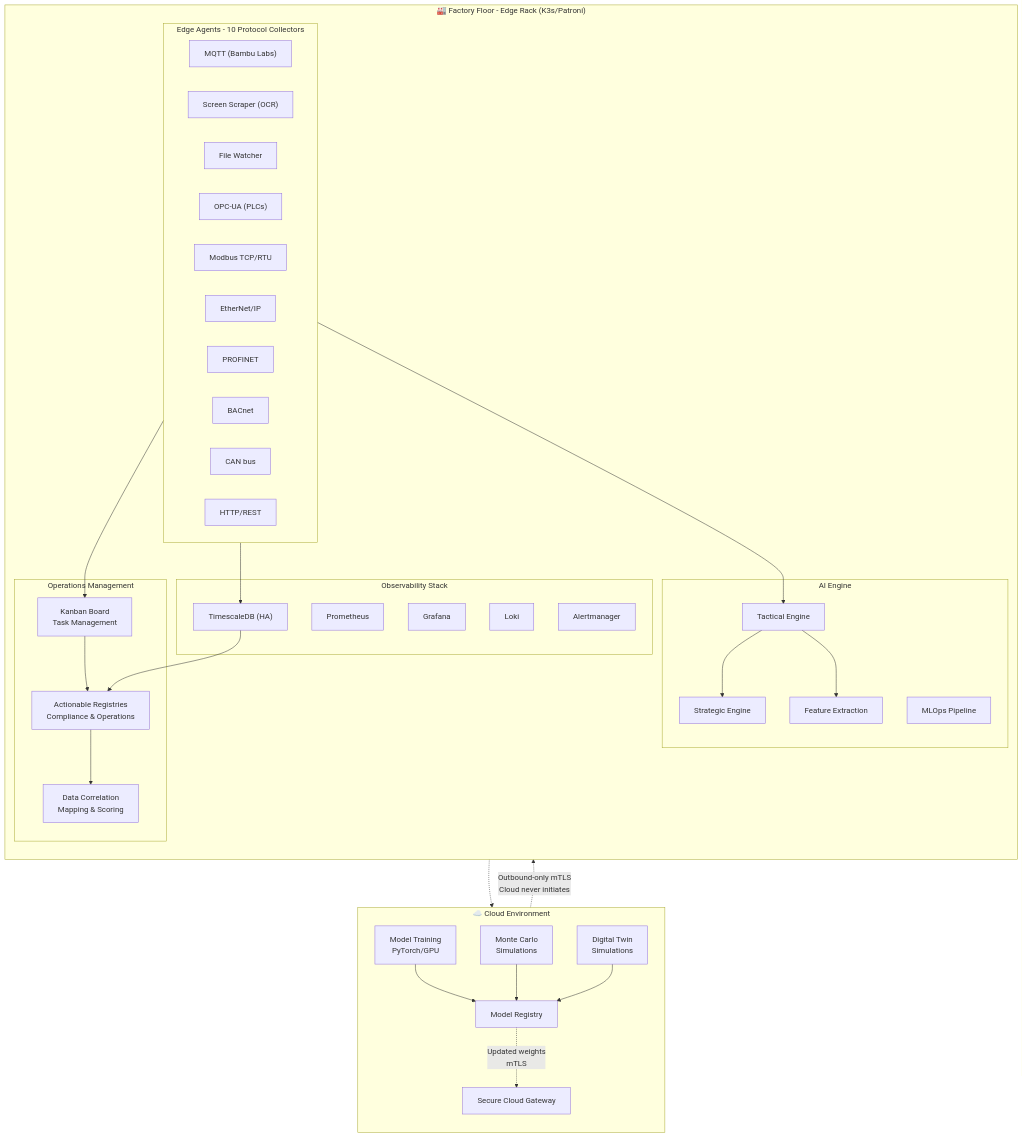
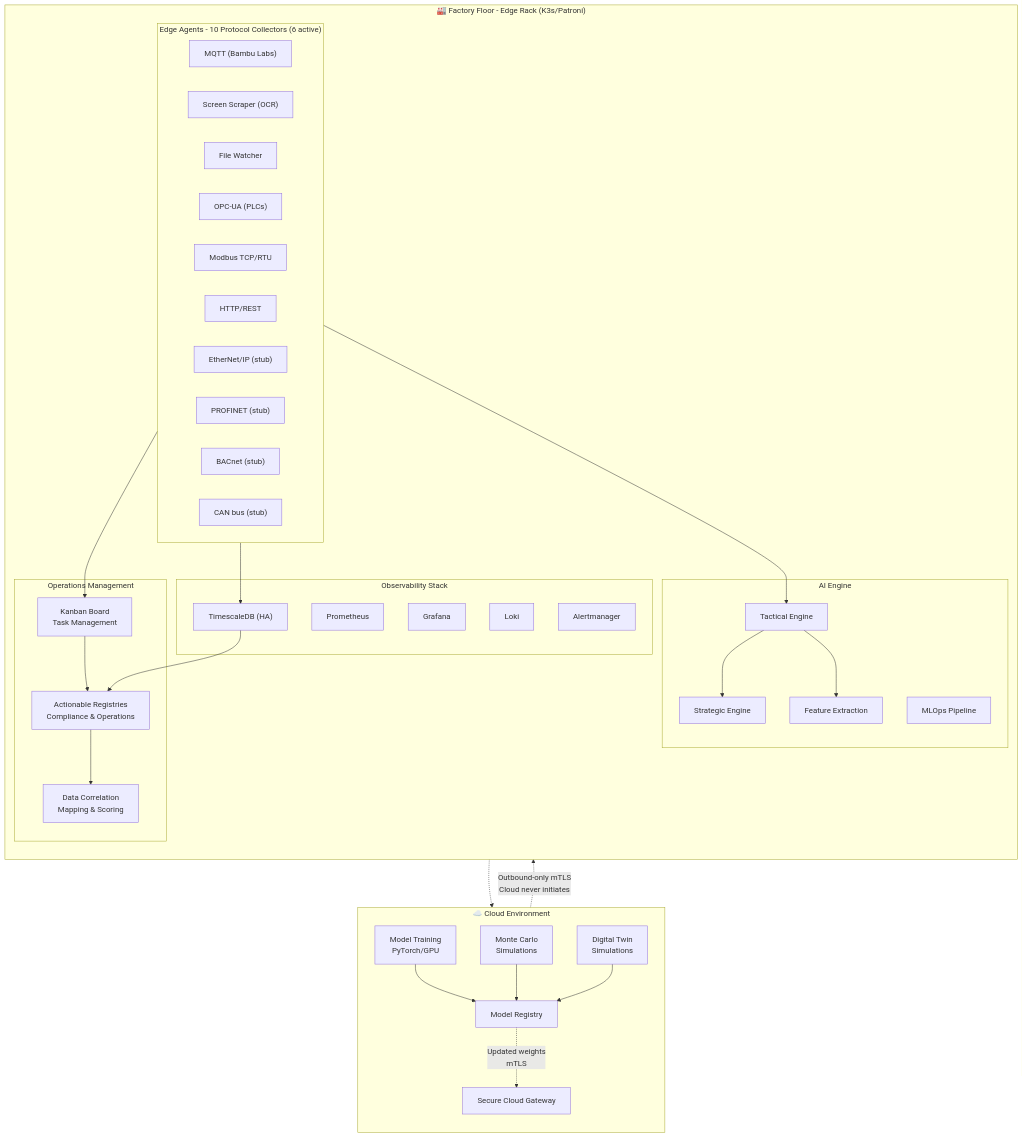
One commit to SoundSafe-Dev/OmniusGrid-X changed the first of 3 diagrams in README.md. Above: the diagram before and after it, drawn with Mermaid. The commit also changed other lines of this file and 10 other files, not shown here.

````diff
--- a/README.md
+++ b/README.md
@@ -44,64 +44,64 @@
 ```mermaid
 flowchart TB
     subgraph CLOUD["☁️ Cloud Environment"]
         direction TB
         MT["Model Training<br/>PyTorch/GPU"]
         MC["Monte Carlo<br/>Simulations"]
         DT["Digital Twin<br/>Simulations"]
         MR["Model Registry"]
         CG["Secure Cloud Gateway"]
         MT --> MR
         MC --> MR
         DT --> MR
     end
 
     MR -. "Updated weights<br/>mTLS" .-> CG
 
     subgraph EDGE["🏭 Factory Floor - Edge Rack (K3s/Patroni)"]
         direction TB
         subgraph OBS["Observability Stack"]
             PROM["Prometheus"]
             GRAF["Grafana"]
             LOKI["Loki"]
             ALERT["Alertmanager"]
             TSDB["TimescaleDB (HA)"]
         end
 
         subgraph AI["AI Engine"]
             TACT["Tactical Engine"]
             STRAT["Strategic Engine"]
             MLOPS["MLOps Pipeline"]
             FEAT["Feature Extraction"]
         end
 
-        subgraph AGENTS["Edge Agents - 10 Protocol Collectors"]
+        subgraph AGENTS["Edge Agents - 10 Protocol Collectors (6 active)"]
             MQTT["MQTT (Bambu Labs)"]
             SCRAPER["Screen Scraper (OCR)"]
             FILE["File Watcher"]
             OPC["OPC-UA (PLCs)"]
             MODBUS["Modbus TCP/RTU"]
-            EIP["EtherNet/IP"]
-            PROFI["PROFINET"]
-            BACNET["BACnet"]
-            CANBUS["CAN bus"]
             HTTP["HTTP/REST"]
+            EIP["EtherNet/IP (stub)"]
+            PROFI["PROFINET (stub)"]
+            BACNET["BACnet (stub)"]
+            CANBUS["CAN bus (stub)"]
         end
 
         subgraph OPS["Operations Management"]
             KANBAN["Kanban Board<br/>Task Management"]
             REG["Actionable Registries<br/>Compliance & Operations"]
             CORR["Data Correlation<br/>Mapping & Scoring"]
         end
     end
 
     CG -. "Outbound-only mTLS<br/>Cloud never initiates" .-> EDGE
     AGENTS --> TACT
     AGENTS --> TSDB
     AGENTS --> KANBAN
     TACT --> STRAT
     TACT --> FEAT
     FEAT -.-> CG
     KANBAN --> REG
     REG --> CORR
     TSDB --> REG
 ```
````
